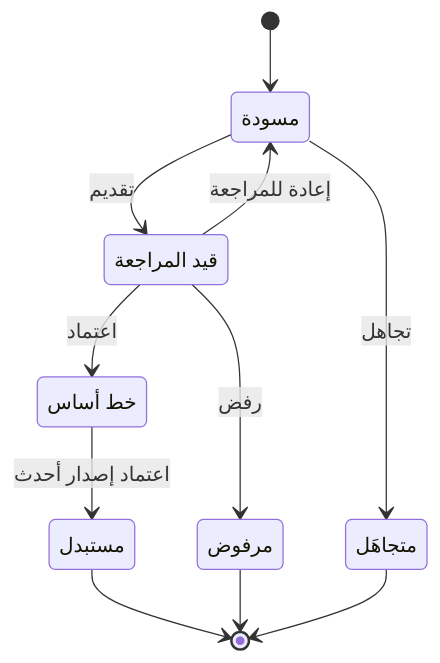
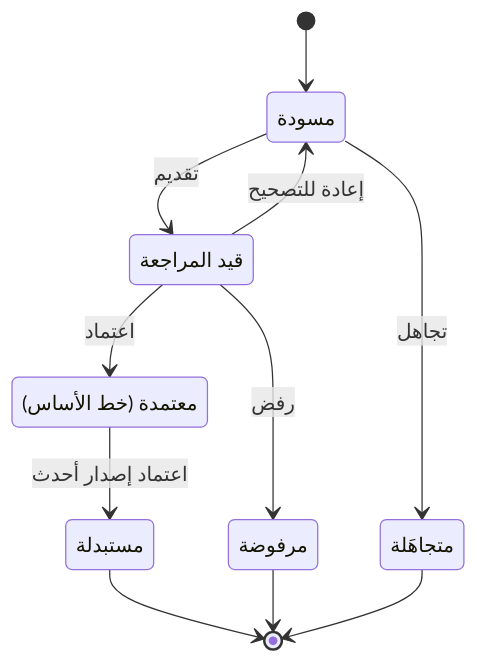
One commit to Ayoubkhattab/Planing changed the second of 2 diagrams in spec/18-analysis-design/05-user-stories/CAP-07-planning-execution/FEAT-OPS-PLAN-APPROVAL.md. Above: the diagram before and after it, drawn with Mermaid. The commit also changed other lines of this file and 4 other files, not shown here.

````diff
--- a/spec/18-analysis-design/05-user-stories/CAP-07-planning-execution/FEAT-OPS-PLAN-APPROVAL.md
+++ b/spec/18-analysis-design/05-user-stories/CAP-07-planning-execution/FEAT-OPS-PLAN-APPROVAL.md
@@ -68,19 +68,19 @@
 ```mermaid
 stateDiagram-v2
   state "مسودة" as DRAFT
   state "قيد المراجعة" as IN_REVIEW
-  state "خط أساس" as BASELINED
-  state "مستبدل" as SUPERSEDED
-  state "مرفوض" as REJECTED
-  state "متجاهَل" as DISCARDED
+  state "معتمدة (خط الأساس)" as BASELINED
+  state "مستبدلة" as SUPERSEDED
+  state "مرفوضة" as REJECTED
+  state "متجاهَلة" as DISCARDED
   [*] --> DRAFT
   DRAFT --> IN_REVIEW: تقديم
   DRAFT --> DISCARDED: تجاهل
-  IN_REVIEW --> DRAFT: إعادة للمراجعة
+  IN_REVIEW --> DRAFT: إعادة للتصحيح
   IN_REVIEW --> REJECTED: رفض
   IN_REVIEW --> BASELINED: اعتماد
   BASELINED --> SUPERSEDED: اعتماد إصدار أحدث
   SUPERSEDED --> [*]
   REJECTED --> [*]
   DISCARDED --> [*]
 ```
````
